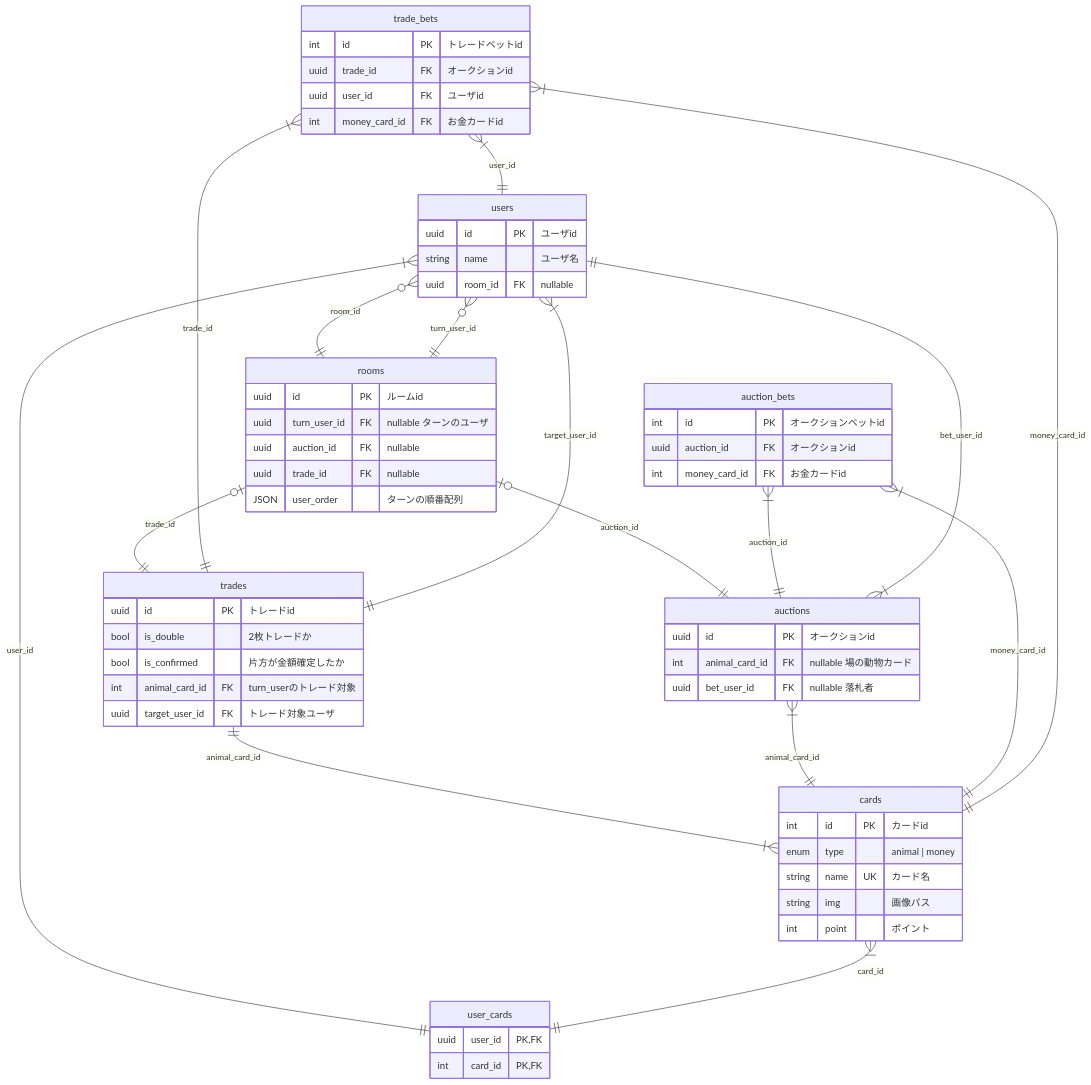
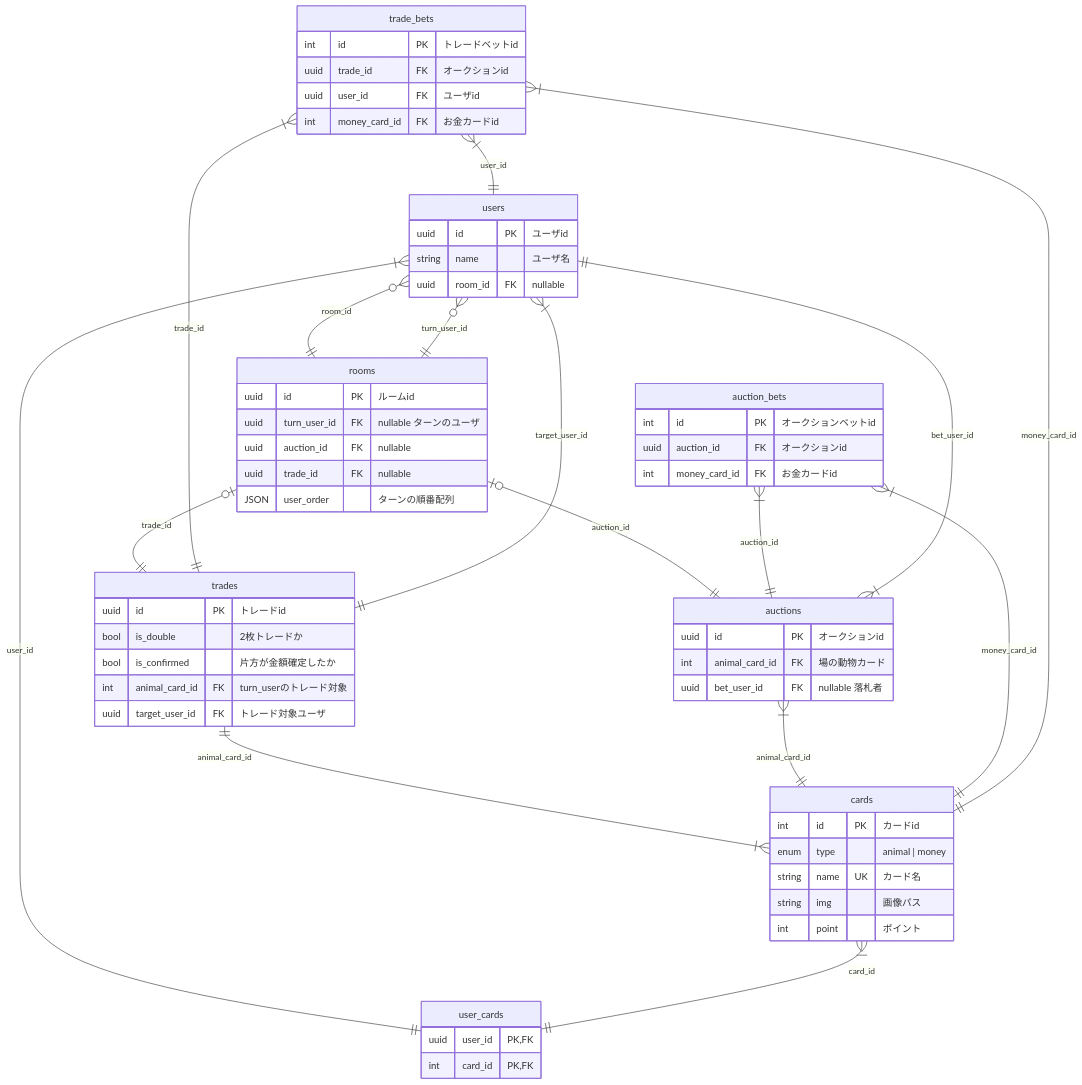
Before and after one commit to alltheturkey/auction: the diagram in document/ER-diagram.md, drawn with Mermaid. The commit also changed 6 other files, not shown here.

Commit message:
feat(backend): add prisma schema

````diff
--- a/document/ER-diagram.md
+++ b/document/ER-diagram.md
@@ -1,72 +1,72 @@
 ```mermaid
 erDiagram
     users o{--|| rooms : "room_id"
     rooms ||--o{ users : "turn_user_id"
     users |{--|| user_cards : "user_id"
     cards |{--|| user_cards : "card_id"
     rooms o|--|| auctions : "auction_id"
     rooms o|--|| trades : "trade_id"
     trades ||--|{ cards : "animal_card_id"
     trades ||--|{ users : "target_user_id"
     auctions |{--|| cards : "animal_card_id"
     auctions |{--|| users : "bet_user_id"
     auction_bets |{--|| auctions : "auction_id"
     auction_bets |{--|| cards : "money_card_id"
     trade_bets |{--|| trades : "trade_id"
     trade_bets |{--|| users : "user_id"
     trade_bets |{--|| cards : "money_card_id"
 
     users {
         uuid id PK "ユーザid"
         string name "ユーザ名"
         uuid room_id FK "nullable"
     }
 
     user_cards {
         uuid user_id PK,FK
         int card_id PK,FK
     }
 
     cards {
         int id PK "カードid"
         enum type "animal | money"
         string name UK "カード名"
         string img "画像パス"
         int point "ポイント"
     }
 
     rooms {
         uuid id PK "ルームid"
         uuid turn_user_id FK "nullable ターンのユーザ"
         uuid auction_id FK "nullable"
         uuid trade_id FK "nullable"
         JSON user_order "ターンの順番配列"
     }
 
     auctions {
         uuid id PK "オークションid"
-        int animal_card_id FK "nullable 場の動物カード"
+        int animal_card_id FK "場の動物カード"
         uuid bet_user_id FK "nullable 落札者"
     }
 
     auction_bets {
         int id PK "オークションベットid"
         uuid auction_id FK "オークションid"
         int money_card_id FK "お金カードid"
     }
 
     trades {
         uuid id PK "トレードid"
         bool is_double "2枚トレードか"
         bool is_confirmed "片方が金額確定したか"
         int animal_card_id FK "turn_userのトレード対象"
         uuid target_user_id FK "トレード対象ユーザ"
     }
 
     trade_bets{
         int id PK "トレードベットid"
         uuid trade_id FK "オークションid"
         uuid user_id FK "ユーザid"
         int money_card_id FK "お金カードid"
     }
 ```
````
